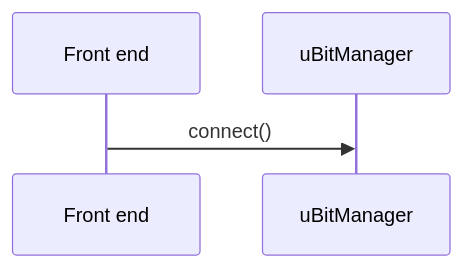
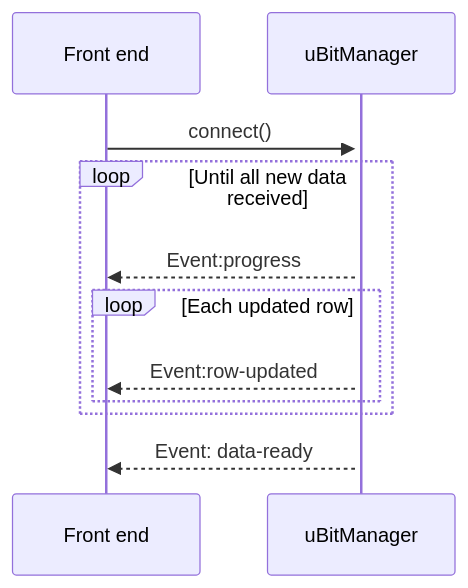
One commit to calliope-edu/webblelog changed the fourth of 4 diagrams in readme.md. Above: the diagram before and after it, drawn with Mermaid. The commit also changed other lines of this file and 6 other files, not shown here.

````diff
--- a/readme.md
+++ b/readme.md
@@ -97,9 +143,14 @@
 ```mermaid
 sequenceDiagram
   participant Front end
   participant uBitManager 
 
-Front end ->> uBitManager: connect()
-
-
+Front end ->>+uBitManager: connect()
+loop Until all new data received
+  uBitManager -->>Front end: Event:progress
+  loop Each updated row
+  uBitManager -->>Front end: Event:row-updated
+  end
+end
+uBitManager -->>Front end: Event: data-ready
 ```
````
